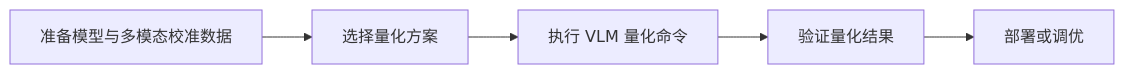
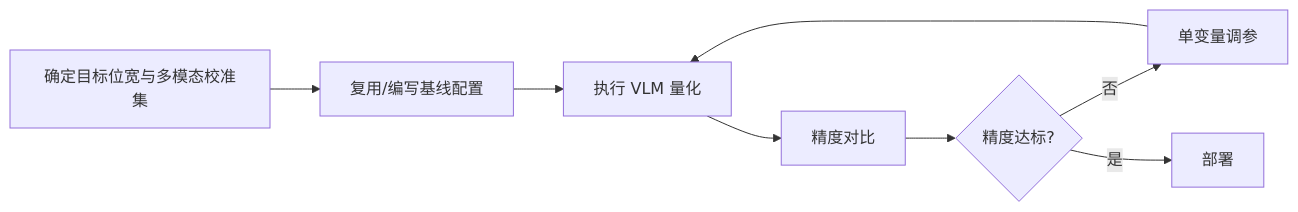
Before and after one commit to mindstudio-docs/master: the diagram in msmodelslim/docs/zh/knowledge_base/ptq/vlm/usage_vision_transformer_quantization.md, drawn with Mermaid. The commit also changed other lines of this file and 107 other files, not shown here.

````diff
--- a/msmodelslim/docs/zh/knowledge_base/ptq/vlm/usage_vision_transformer_quantization.md
+++ b/msmodelslim/docs/zh/knowledge_base/ptq/vlm/usage_vision_transformer_quantization.md
@@ -39,7 +28,10 @@
 ```mermaid
 flowchart LR
-  A[准备模型与多模态校准数据] --> B[选择量化方案]
-  B --> C[执行 VLM 量化命令]
-  C --> D[验证量化结果]
-  D --> E[部署或调优]
+    A[确定目标位宽与多模态校准集] --> B[复用/编写基线配置]
+    B --> C[执行 VLM 量化]
+    C --> D[精度对比]
+    D --> E{精度达标?}
+    E -- 否 --> F[单变量调参]
+    F --> C
+    E -- 是 --> G[部署]
 ```
````
